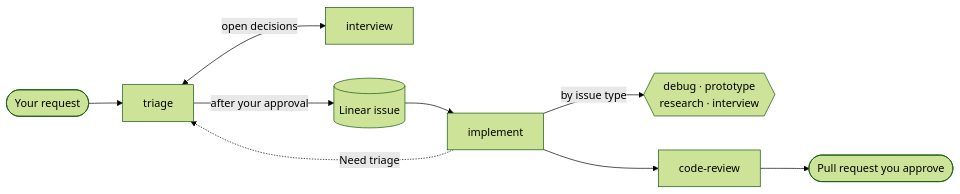
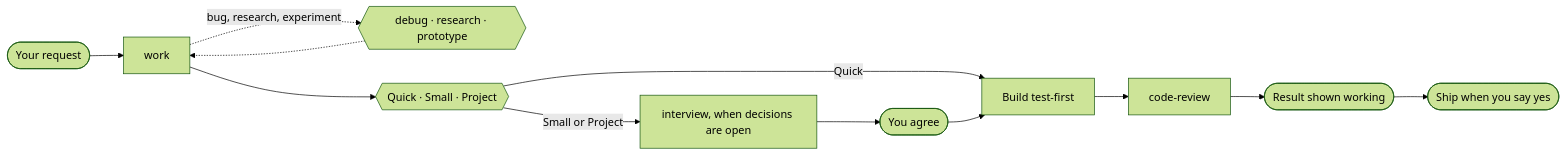
Before and after one commit to Firzus/agent-skills: the diagram in README.md, drawn with Mermaid (forest theme). The commit also changed other lines of this file and 47 other files, not shown here.

Commit message:
refactor(stack): replace the engineering workflow with a /work stack tracked in Linear (#182)

````diff
--- a/README.md
+++ b/README.md
@@ -45,11 +57,14 @@
 ```mermaid
 flowchart LR
-    request([Your request]) --> triage
-    triage <-->|open decisions| interview
-    triage -->|after your approval| issue[(Linear issue)]
-    issue --> implement
-    implement -->|by issue type| route{{"debug · prototype<br/>research · interview"}}
-    implement --> review[code-review]
-    review --> pr([Pull request you approve])
-    implement -.->|Need triage| triage
+    request([Your request]) --> work
+    work -.->|bug, research, experiment| specialist{{"debug · research · prototype"}}
+    specialist -.-> work
+    work --> size{{Quick · Small · Project}}
+    size -->|Quick| build[Build test-first]
+    size -->|Small or Project| interview[interview, when decisions are open]
+    interview --> agree([You agree])
+    agree --> build
+    build --> review[code-review]
+    review --> show([Result shown working])
+    show --> ship([Ship when you say yes])
 ```
````
